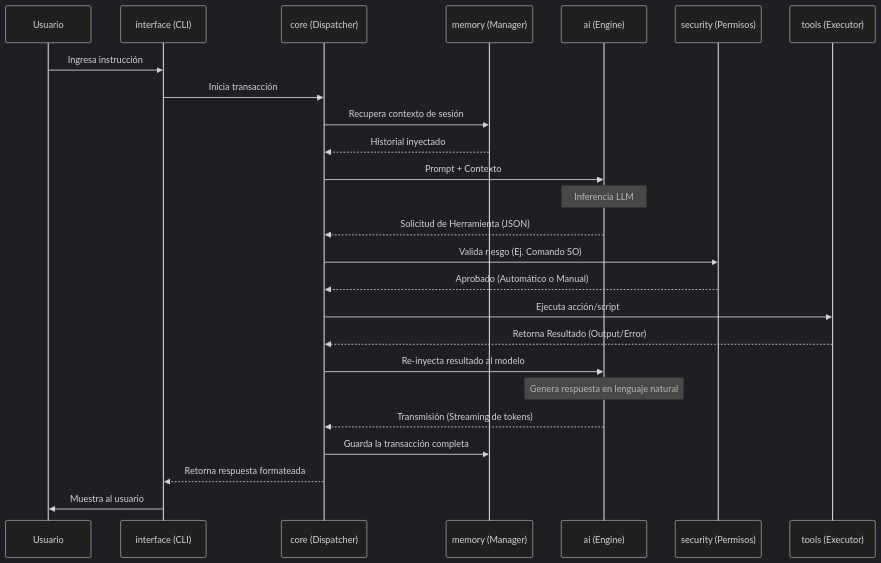
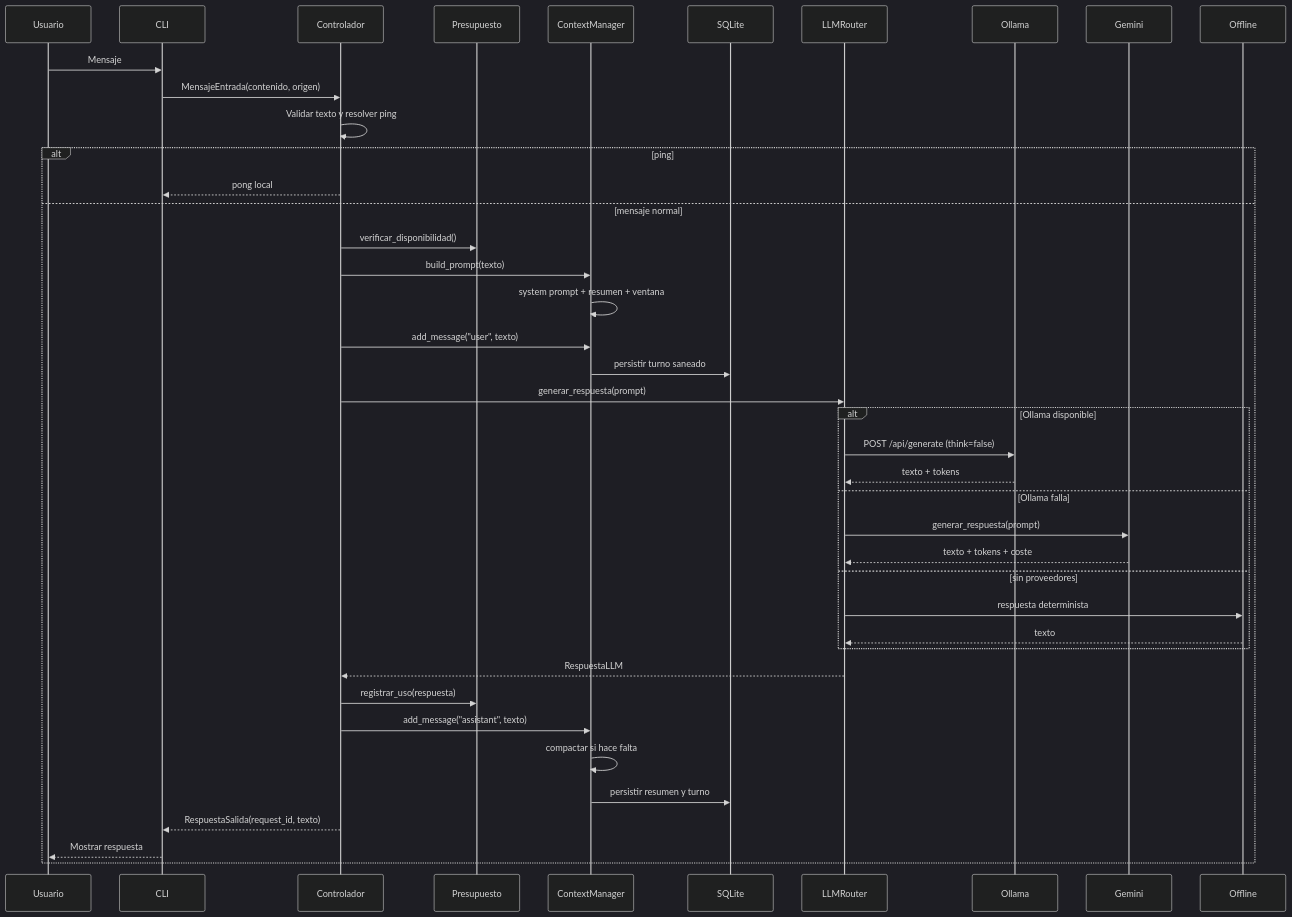
The diagram in docs/data-flow.md (Jesusdanielseg/A.E.T.H.E.L.), drawn with Mermaid (dark theme) before and after one commit. The commit also changed other lines of this file and 9 other files, not shown here.

First line of the commit message:
docs: update phase 04 architecture and evaluation

````diff
--- a/docs/data-flow.md
+++ b/docs/data-flow.md
@@ -10,34 +7,44 @@
 ```mermaid
 sequenceDiagram
     participant U as Usuario
-    participant I as interface (CLI)
-    participant C as core (Dispatcher)
-    participant M as memory (Manager)
-    participant A as ai (Engine)
-    participant S as security (Permisos)
-    participant T as tools (Executor)
+    participant I as CLI
+    participant C as Controlador
+    participant P as Presupuesto
+    participant M as ContextManager
+    participant S as SQLite
+    participant R as LLMRouter
+    participant O as Ollama
+    participant G as Gemini
+    participant F as Offline
 
-    U->>I: Ingresa instrucción
-    I->>C: Inicia transacción
-  
-    C->>M: Recupera contexto de sesión
-    M-->>C: Historial inyectado
-  
-    C->>A: Prompt + Contexto
-    Note over A: Inferencia LLM
-    A-->>C: Solicitud de Herramienta (JSON)
-  
-    C->>S: Valida riesgo (Ej. Comando SO)
-    S-->>C: Aprobado (Automático o Manual)
-  
-    C->>T: Ejecuta acción/script
-    T-->>C: Retorna Resultado (Output/Error)
-  
-    C->>A: Re-inyecta resultado al modelo
-    Note over A: Genera respuesta en lenguaje natural
-    A-->>C: Transmisión (Streaming de tokens)
-  
-    C->>M: Guarda la transacción completa
-    C-->>I: Retorna respuesta formateada
-    I->>U: Muestra al usuario
+    U->>I: Mensaje
+    I->>C: MensajeEntrada(contenido, origen)
+    C->>C: Validar texto y resolver ping
+    alt ping
+        C-->>I: pong local
+    else mensaje normal
+        C->>P: verificar_disponibilidad()
+        C->>M: build_prompt(texto)
+        M->>M: system prompt + resumen + ventana
+        C->>M: add_message("user", texto)
+        M->>S: persistir turno saneado
+        C->>R: generar_respuesta(prompt)
+        alt Ollama disponible
+            R->>O: POST /api/generate (think=false)
+            O-->>R: texto + tokens
+        else Ollama falla
+            R->>G: generar_respuesta(prompt)
+            G-->>R: texto + tokens + coste
+        else sin proveedores
+            R->>F: respuesta determinista
+            F-->>R: texto
+        end
+        R-->>C: RespuestaLLM
+        C->>P: registrar_uso(respuesta)
+        C->>M: add_message("assistant", texto)
+        M->>M: compactar si hace falta
+        M->>S: persistir resumen y turno
+        C-->>I: RespuestaSalida(request_id, texto)
+        I-->>U: Mostrar respuesta
+    end
 ```
````
